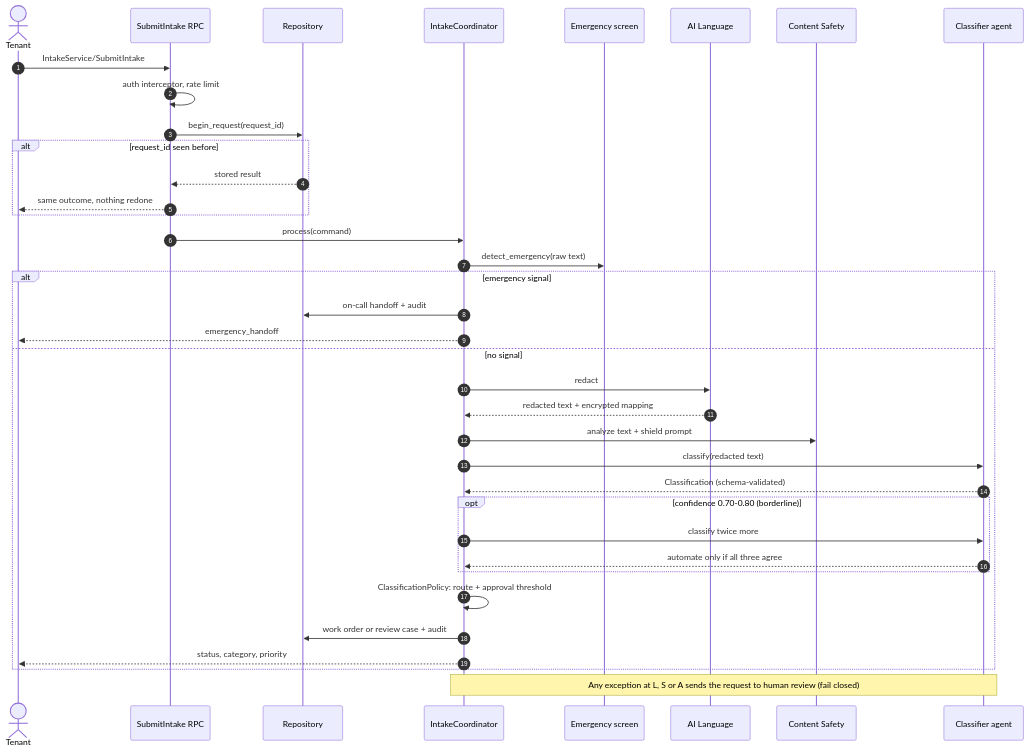
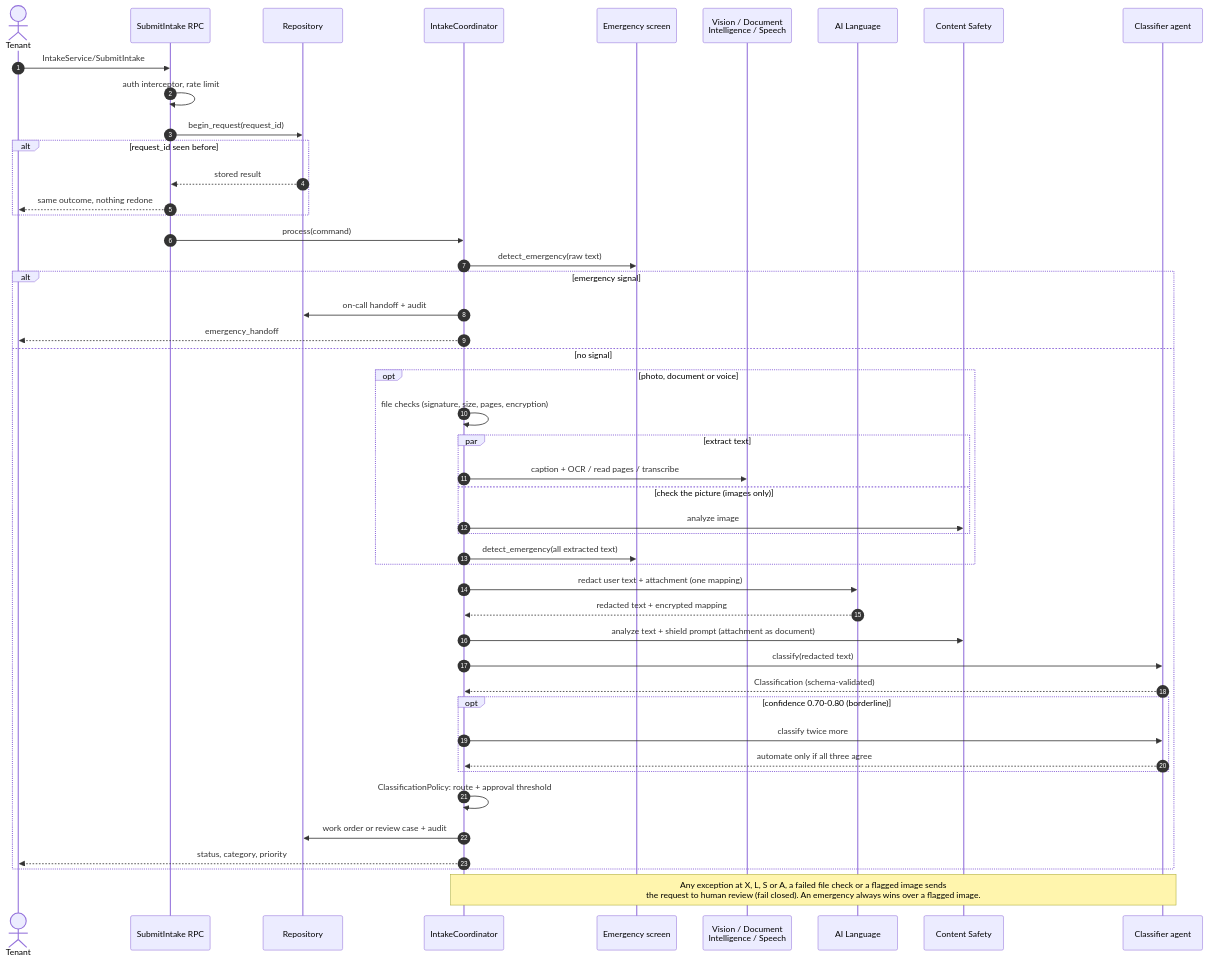
One commit to wasif1024/facilityops changed the fifth of 19 diagrams in docs/architecture.md. Above: the diagram before and after it, drawn with Mermaid. The commit also changed other lines of this file and 28 other files, not shown here.

````diff
--- a/docs/architecture.md
+++ b/docs/architecture.md
@@ -191,40 +205,50 @@
 ```mermaid
 sequenceDiagram
     autonumber
     actor T as Tenant
     participant API as SubmitIntake RPC
     participant R as Repository
     participant C as IntakeCoordinator
     participant E as Emergency screen
+    participant X as Vision / Document<br/>Intelligence / Speech
     participant L as AI Language
     participant S as Content Safety
     participant A as Classifier agent
 
     T->>API: IntakeService/SubmitIntake
     API->>API: auth interceptor, rate limit
     API->>R: begin_request(request_id)
     alt request_id seen before
         R-->>API: stored result
         API-->>T: same outcome, nothing redone
     end
     API->>C: process(command)
     C->>E: detect_emergency(raw text)
     alt emergency signal
         C->>R: on-call handoff + audit
         C-->>T: emergency_handoff
     else no signal
-        C->>L: redact
+        opt photo, document or voice
+            C->>C: file checks (signature, size, pages, encryption)
+            par extract text
+                C->>X: caption + OCR / read pages / transcribe
+            and check the picture (images only)
+                C->>S: analyze image
+            end
+            C->>E: detect_emergency(all extracted text)
+        end
+        C->>L: redact user text + attachment (one mapping)
         L-->>C: redacted text + encrypted mapping
-        C->>S: analyze text + shield prompt
+        C->>S: analyze text + shield prompt (attachment as document)
         C->>A: classify(redacted text)
         A-->>C: Classification (schema-validated)
         opt confidence 0.70-0.80 (borderline)
             C->>A: classify twice more
             A-->>C: automate only if all three agree
         end
         C->>C: ClassificationPolicy: route + approval threshold
         C->>R: work order or review case + audit
         C-->>T: status, category, priority
     end
-    Note over C,A: Any exception at L, S or A sends the request to human review (fail closed)
+    Note over C,A: Any exception at X, L, S or A, a failed file check or a flagged image sends<br/>the request to human review (fail closed). An emergency always wins over a flagged image.
 ```
````
